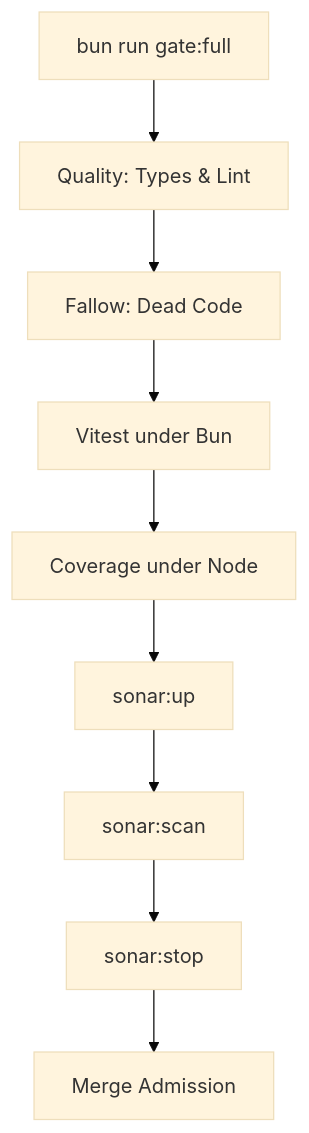
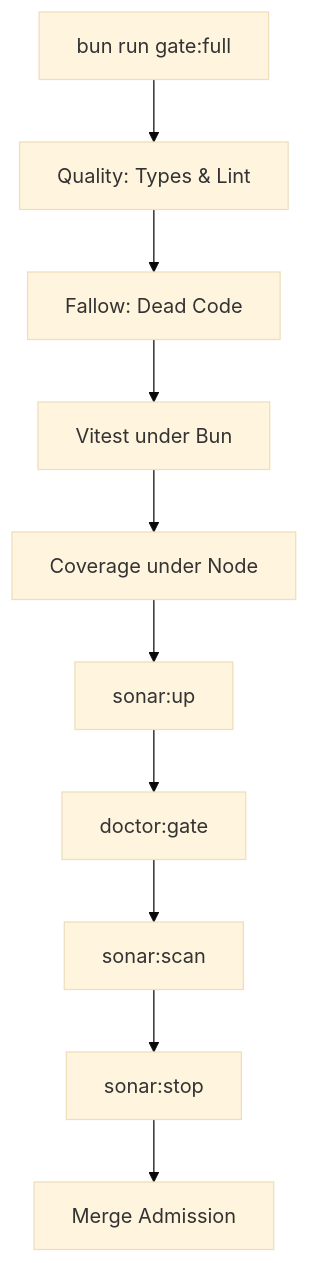
The first of 2 diagrams in .cubic/wiki/09-section-tools/02-p-testing-quality.md (immagiov4/Nous), drawn with Mermaid (base theme) before and after one commit. The commit also changed other lines of this file and 4 other files, not shown here.

Commit message:
fix: restore the final gate preflight

````diff
--- a/.cubic/wiki/09-section-tools/02-p-testing-quality.md
+++ b/.cubic/wiki/09-section-tools/02-p-testing-quality.md
@@ -45,11 +45,12 @@
 ```mermaid
 flowchart TD
     Start[bun run gate:full] --> Q[Quality: Types & Lint]
     Q --> F[Fallow: Dead Code]
     F --> T[Vitest under Bun]
     T --> Cov[Coverage under Node]
     Cov --> Up[sonar:up]
-    Up --> Sonar[sonar:scan]
+    Up --> Preflight[doctor:gate]
+    Preflight --> Sonar[sonar:scan]
     Sonar --> Stop[sonar:stop]
     Stop --> End[Merge Admission]
 ```
````
